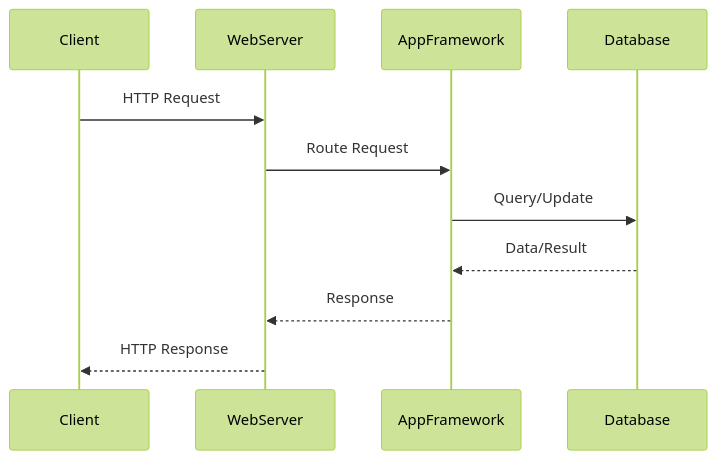
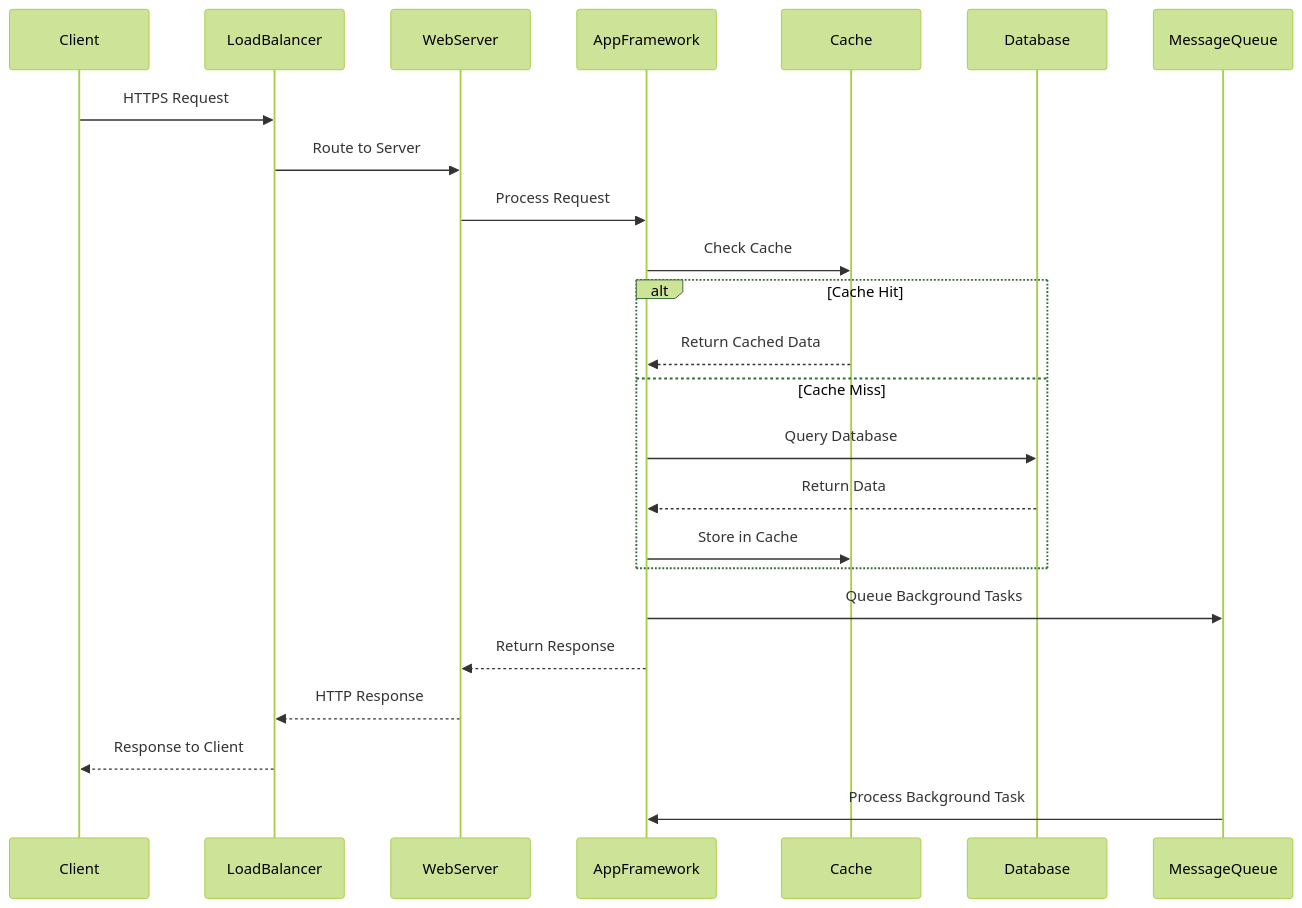
Before and after one commit to Eatham532/Software-Engineering-HSC-Textbook: the second of 2 diagrams in docs/Year12/ProgrammingForTheWeb.md, drawn with Mermaid (forest theme). The commit also changed other lines of this file and 8 other files, not shown here.

````diff
--- a/docs/Year12/ProgrammingForTheWeb.md
+++ b/docs/Year12/ProgrammingForTheWeb.md
@@ -6075,13 +8542,30 @@
 ```mermaid
 sequenceDiagram
     participant Client
+    participant LoadBalancer
     participant WebServer
     participant AppFramework
+    participant Cache
     participant Database
-    Client->>WebServer: HTTP Request
-    WebServer->>AppFramework: Route Request
-    AppFramework->>Database: Query/Update
-    Database-->>AppFramework: Data/Result
-    AppFramework-->>WebServer: Response
-    WebServer-->>Client: HTTP Response
+    participant MessageQueue
+    
+    Client->>LoadBalancer: HTTPS Request
+    LoadBalancer->>WebServer: Route to Server
+    WebServer->>AppFramework: Process Request
+    AppFramework->>Cache: Check Cache
+    
+    alt Cache Hit
+        Cache-->>AppFramework: Return Cached Data
+    else Cache Miss
+        AppFramework->>Database: Query Database
+        Database-->>AppFramework: Return Data
+        AppFramework->>Cache: Store in Cache
+    end
+    
+    AppFramework->>MessageQueue: Queue Background Tasks
+    AppFramework-->>WebServer: Return Response
+    WebServer-->>LoadBalancer: HTTP Response
+    LoadBalancer-->>Client: Response to Client
+    
+    MessageQueue->>AppFramework: Process Background Task
 ```
````
